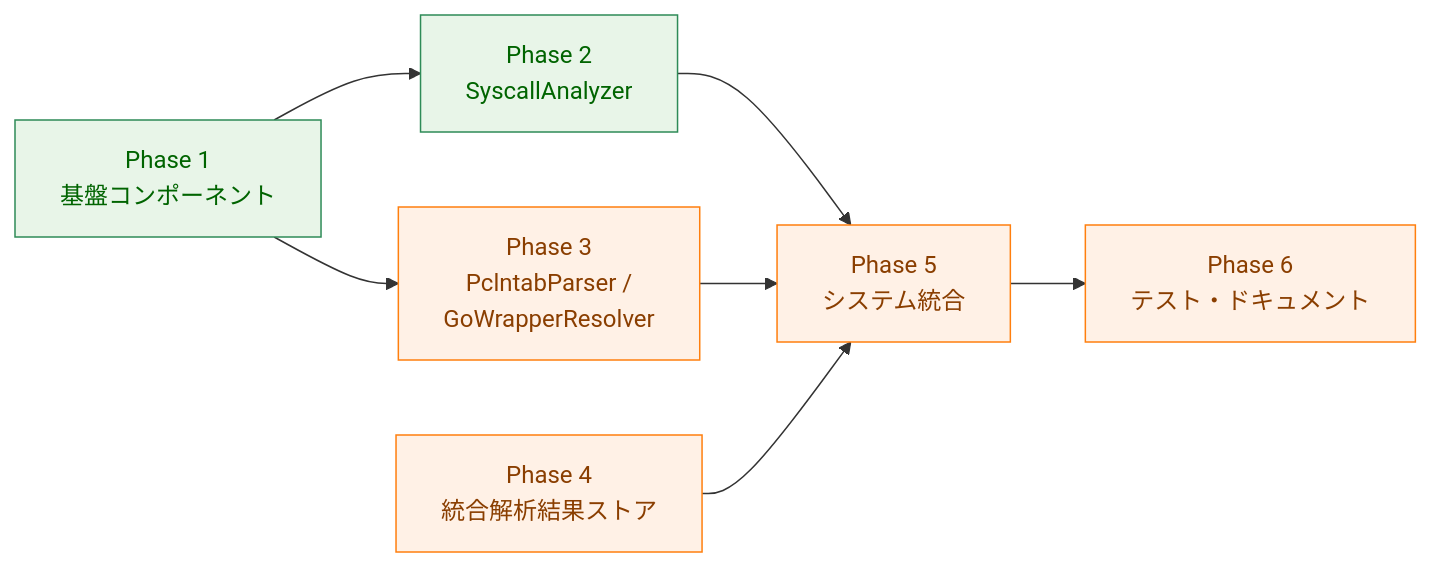
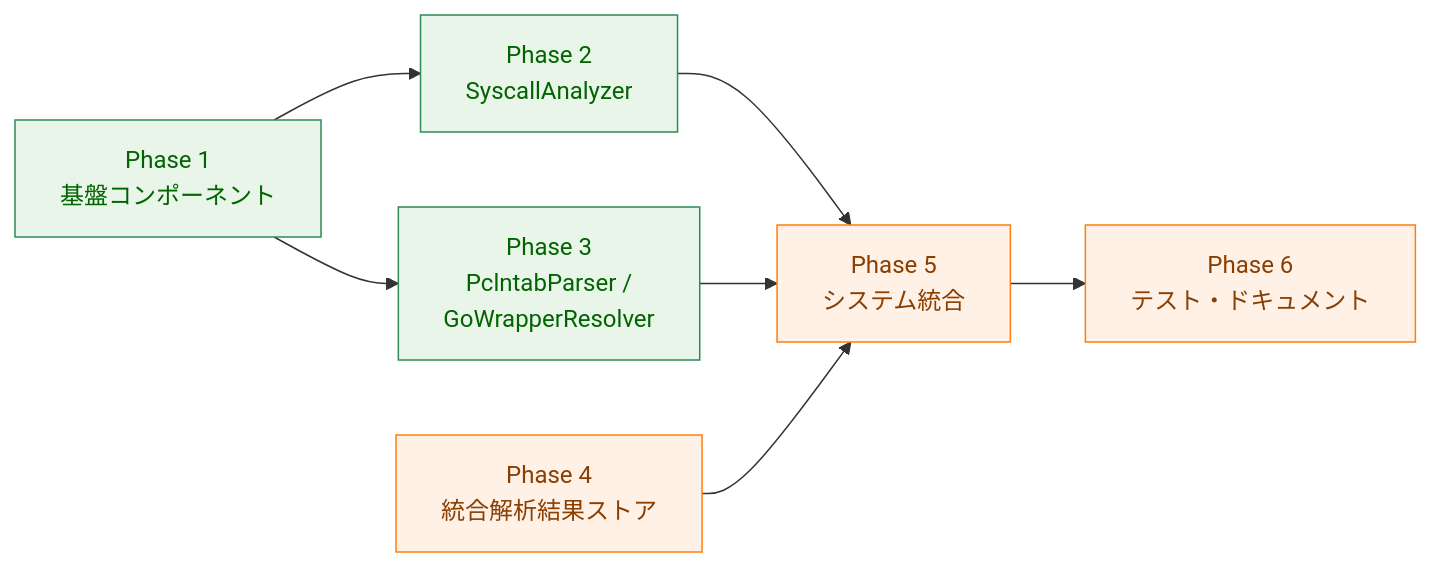
The diagram in docs/tasks/0070_elf_syscall_analysis/04_implementation_plan.md (isseis/go-safe-cmd-runner), drawn with Mermaid before and after one commit. The commit also changed other lines of this file and 4 other files, not shown here.

````diff
--- a/docs/tasks/0070_elf_syscall_analysis/04_implementation_plan.md
+++ b/docs/tasks/0070_elf_syscall_analysis/04_implementation_plan.md
@@ -10,22 +10,22 @@
 ```mermaid
 flowchart LR
     classDef done fill:#e8f5e8,stroke:#2e8b57,stroke-width:1px,color:#006400
     classDef todo fill:#fff1e6,stroke:#ff7f0e,stroke-width:1px,color:#8a3e00
 
     P1["Phase 1<br>基盤コンポーネント"]
     P2["Phase 2<br>SyscallAnalyzer"]
     P3["Phase 3<br>PclntabParser /<br>GoWrapperResolver"]
     P4["Phase 4<br>統合解析結果ストア"]
     P5["Phase 5<br>システム統合"]
     P6["Phase 6<br>テスト・ドキュメント"]
 
     P1 --> P2
     P1 --> P3
     P2 --> P5
     P3 --> P5
     P4 --> P5
     P5 --> P6
 
-    class P1,P2 done
-    class P3,P4,P5,P6 todo
+    class P1,P2,P3 done
+    class P4,P5,P6 todo
 ```
````
